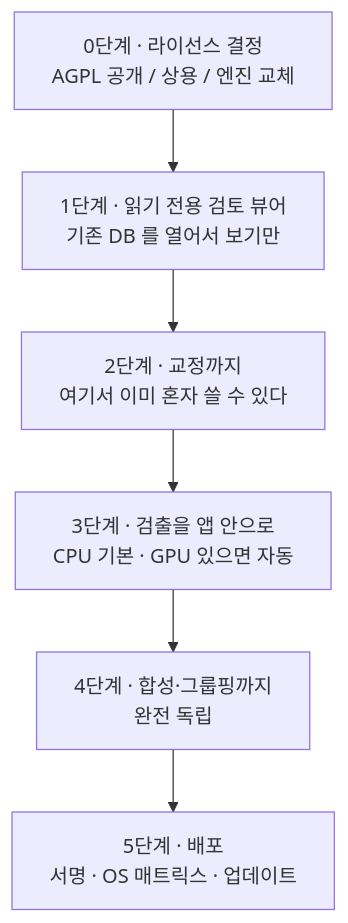
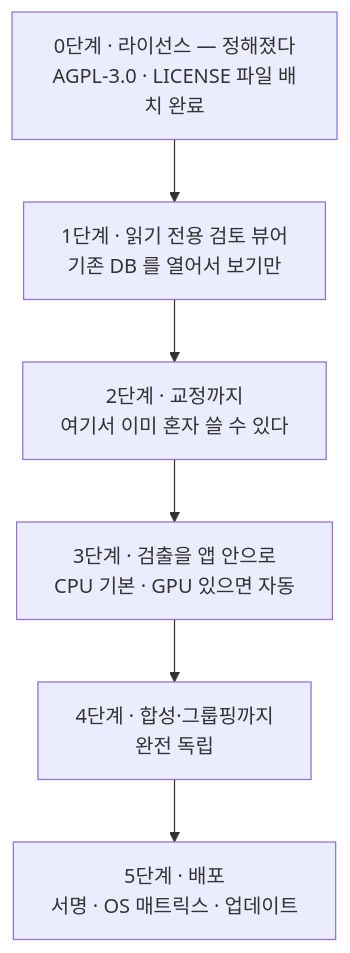
Before and after one commit to jikhanjung/DiaRUGA: the second of 2 diagrams in docs/20260805_desktop-app-review.md, drawn with Mermaid. The commit also changed other lines of this file and 5 other files, not shown here.

````diff
--- a/docs/20260805_desktop-app-review.md
+++ b/docs/20260805_desktop-app-review.md
@@ -221,9 +249,9 @@
 ```mermaid
 flowchart TB
-    L["0단계 · 라이선스 결정<br/>AGPL 공개 / 상용 / 엔진 교체"] --> S1
+    L["0단계 · 라이선스 — 정해졌다<br/>AGPL-3.0 · LICENSE 파일 배치 완료"] --> S1
     S1["1단계 · 읽기 전용 검토 뷰어<br/>기존 DB 를 열어서 보기만"] --> S2
     S2["2단계 · 교정까지<br/>여기서 이미 혼자 쓸 수 있다"] --> S3
     S3["3단계 · 검출을 앱 안으로<br/>CPU 기본 · GPU 있으면 자동"] --> S4
     S4["4단계 · 합성·그룹핑까지<br/>완전 독립"] --> S5
     S5["5단계 · 배포<br/>서명 · OS 매트릭스 · 업데이트"]
 ```
````
